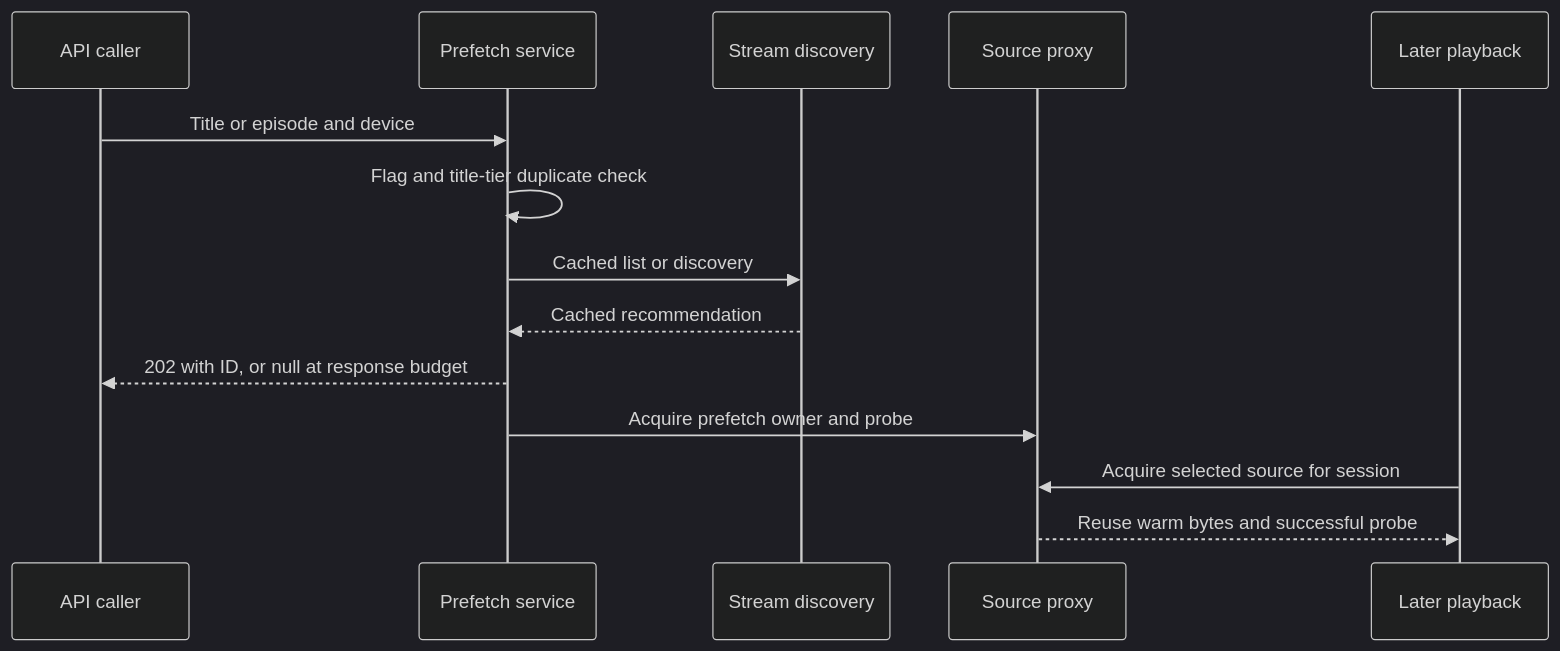
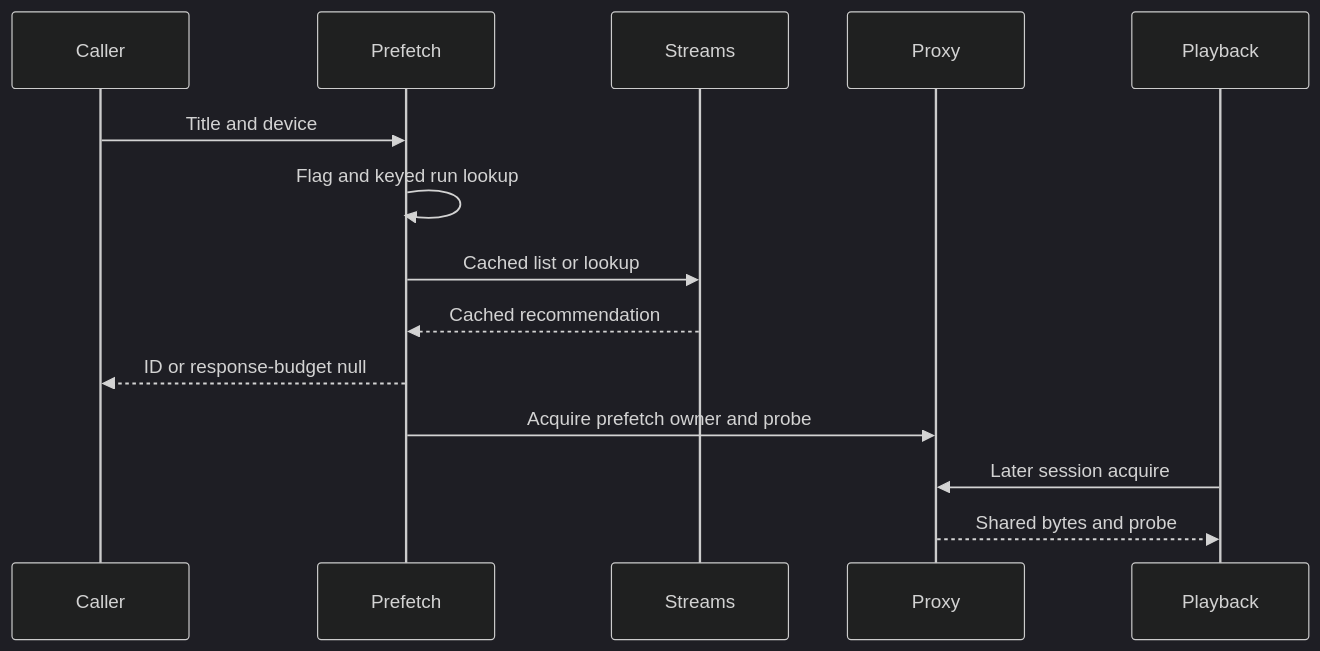
Before and after one commit to VeroxAUS/homestream: the diagram in droid-wiki/features/prefetch.md, drawn with Mermaid (dark theme). The commit also changed other lines of this file and 57 other files, not shown here.

````diff
--- a/droid-wiki/features/prefetch.md
+++ b/droid-wiki/features/prefetch.md
@@ -21,16 +21,16 @@
 ```mermaid
 sequenceDiagram
-    participant C as API caller
-    participant F as Prefetch service
-    participant S as Stream discovery
-    participant P as Source proxy
-    participant M as Later playback
-    C->>F: Title or episode and device
-    F->>F: Flag and title-tier duplicate check
-    F->>S: Cached list or discovery
-    S-->>F: Cached recommendation
-    F-->>C: 202 with ID, or null at response budget
-    F->>P: Acquire prefetch owner and probe
-    M->>P: Acquire selected source for session
-    P-->>M: Reuse warm bytes and successful probe
+    participant Caller
+    participant Prefetch
+    participant Streams
+    participant Proxy
+    participant Playback
+    Caller->>Prefetch: Title and device
+    Prefetch->>Prefetch: Flag and keyed run lookup
+    Prefetch->>Streams: Cached list or lookup
+    Streams-->>Prefetch: Cached recommendation
+    Prefetch-->>Caller: ID or response-budget null
+    Prefetch->>Proxy: Acquire prefetch owner and probe
+    Playback->>Proxy: Later session acquire
+    Proxy-->>Playback: Shared bytes and probe
 ```
````
